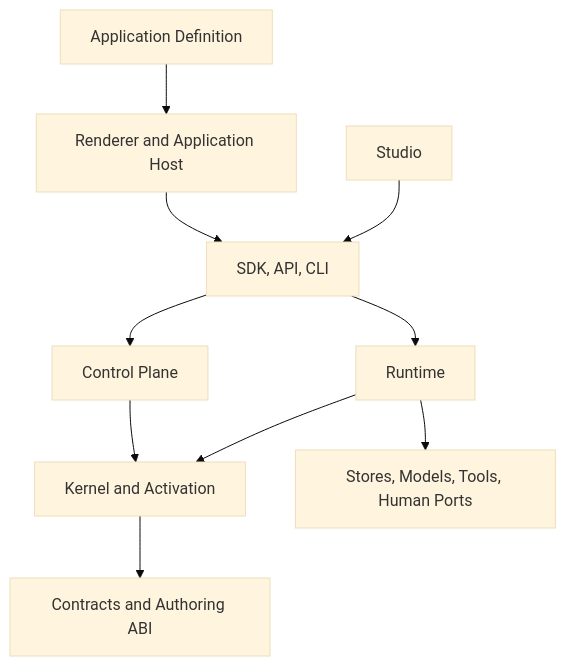
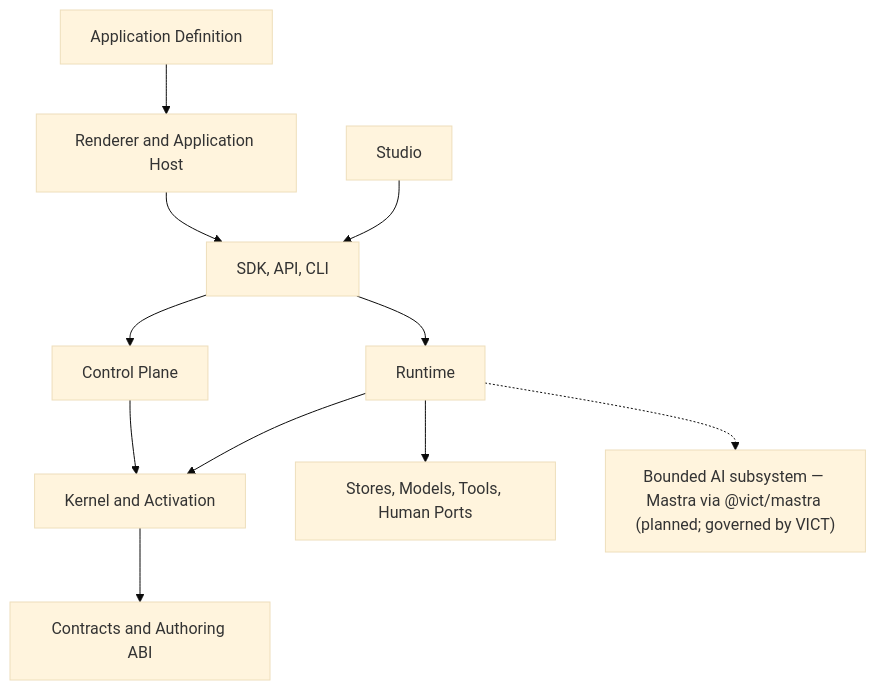
The first of 7 diagrams in docs/VICT-SYSTEM-REFERENCE.md (radz2291/vict-02), drawn with Mermaid (base theme) before and after one commit. The commit also changed other lines of this file and 1 other file, not shown here.

Commit message:
docs(architecture): define Mastra and ARA integration

````diff
--- a/docs/VICT-SYSTEM-REFERENCE.md
+++ b/docs/VICT-SYSTEM-REFERENCE.md
@@ -100,12 +121,13 @@
 ```mermaid
 flowchart TB
     DEF["Application Definition"] --> APP["Renderer and Application Host"]
     APP --> IFACE["SDK, API, CLI"]
     STUDIO["Studio"] --> IFACE
     IFACE --> CONTROL["Control Plane"]
     IFACE --> RUNTIME["Runtime"]
     CONTROL --> KERNEL["Kernel and Activation"]
     RUNTIME --> KERNEL
     KERNEL --> BASE["Contracts and Authoring ABI"]
     RUNTIME --> PORTS["Stores, Models, Tools, Human Ports"]
+    RUNTIME -.-> AI["Bounded AI subsystem — Mastra via @vict/mastra (planned; governed by VICT)"]
 ```
````
